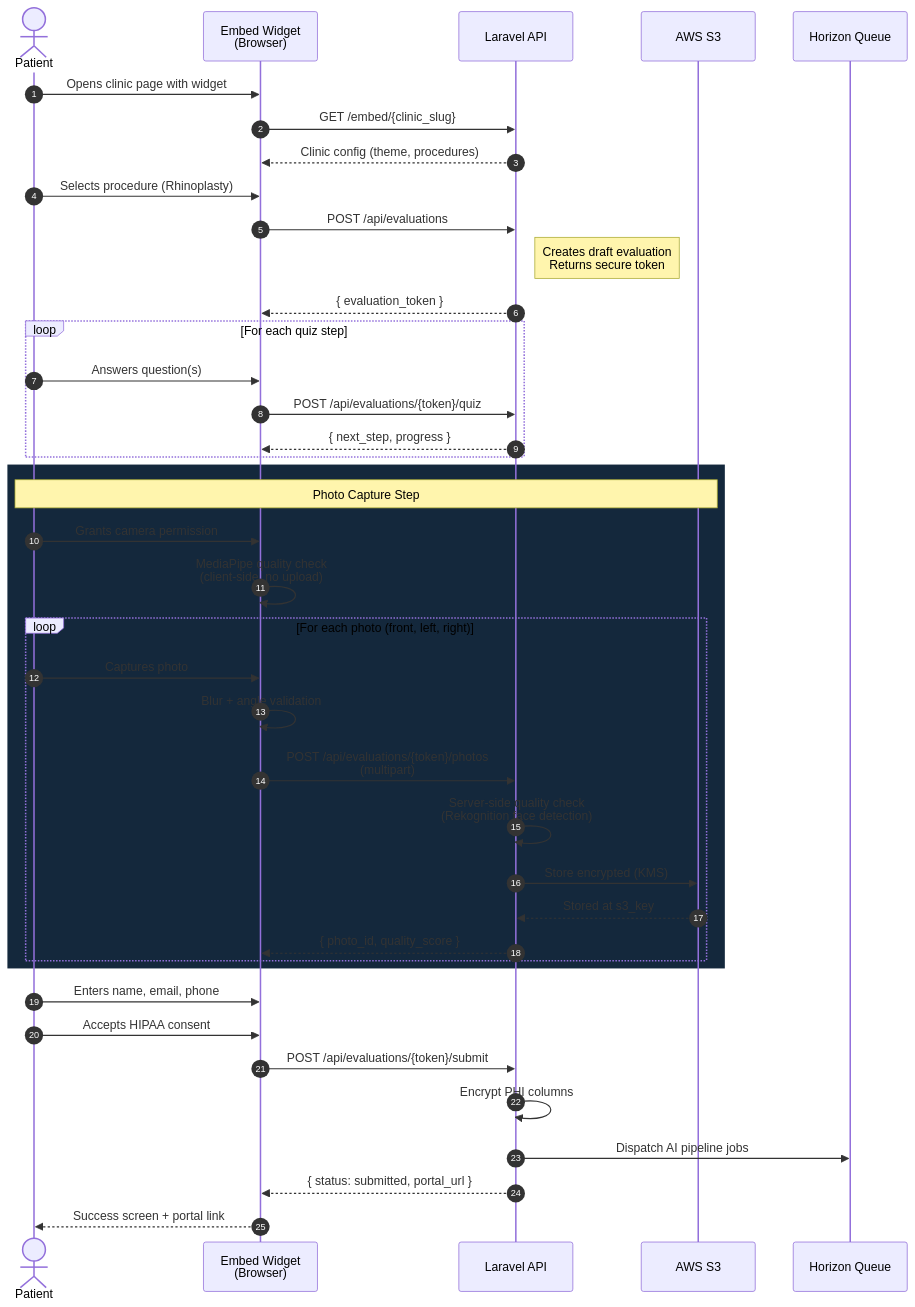
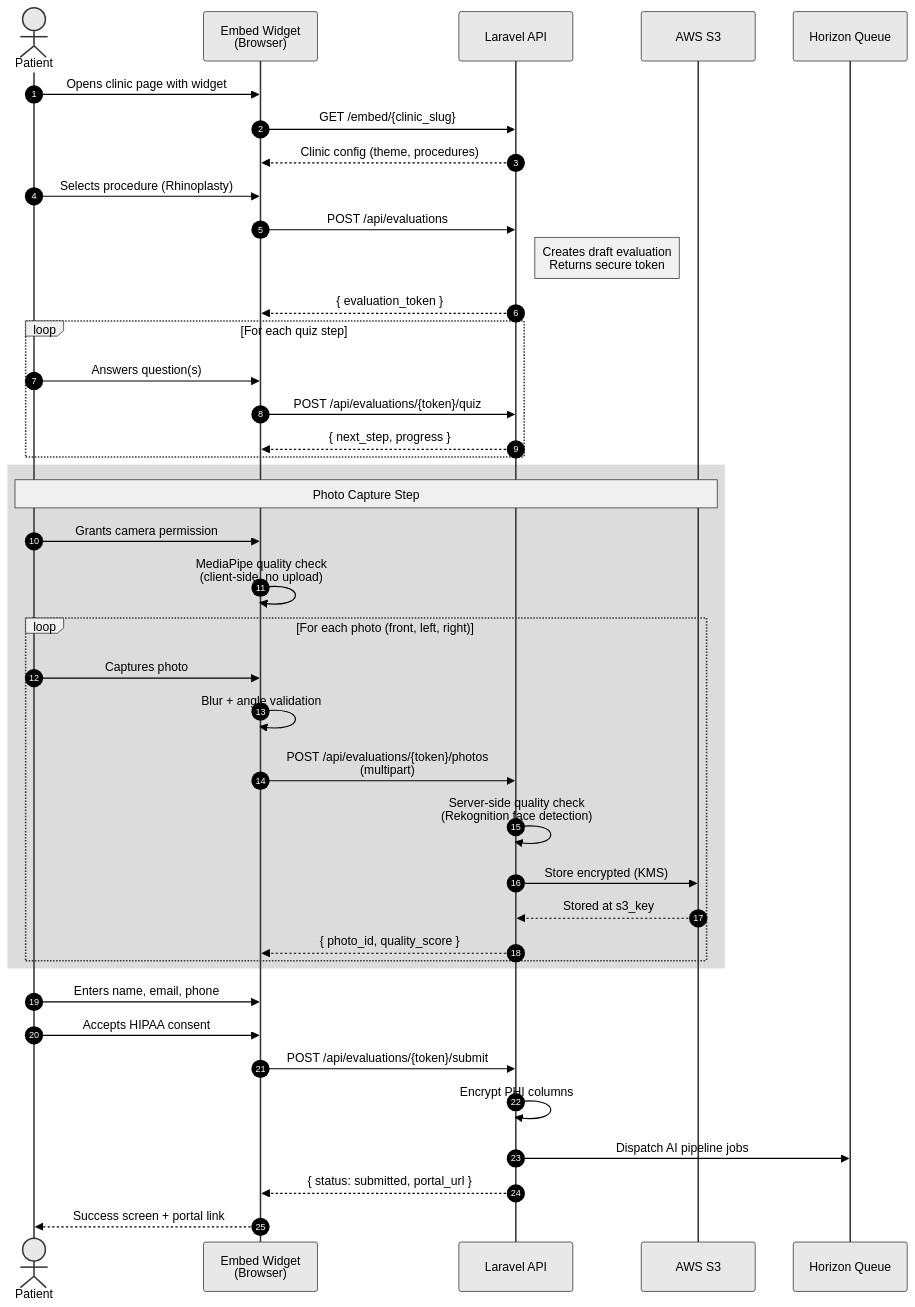
One commit to mlytorres/aesthetic-ai changed the first of 6 diagrams in docs/technical/sequences.md. Above: the diagram before and after it, drawn with Mermaid. The commit also changed other lines of this file and 11 other files, not shown here.

Commit message:
docs and diagram updated, TwoFactorLoginResponse  updated

````diff
--- a/docs/technical/sequences.md
+++ b/docs/technical/sequences.md
@@ -22,50 +22,51 @@
 ```mermaid
+%%{init: {'theme': 'base', 'themeVariables': {'primaryColor': '#e8e8e8', 'primaryTextColor': '#000000', 'primaryBorderColor': '#333333', 'lineColor': '#000000', 'secondaryColor': '#f0f0f0', 'tertiaryColor': '#d0d0d0', 'actorBkg': '#e8e8e8', 'actorBorder': '#333333', 'actorTextColor': '#000000', 'actorLineColor': '#333333', 'signalColor': '#000000', 'signalTextColor': '#000000', 'labelBoxBkgColor': '#f0f0f0', 'labelBoxBorderColor': '#333333', 'labelTextColor': '#000000', 'loopTextColor': '#000000', 'noteBkgColor': '#f0f0f0', 'noteBorderColor': '#333333', 'noteTextColor': '#000000', 'activationBkgColor': '#d0d0d0', 'activationBorderColor': '#333333', 'sequenceNumberColor': '#ffffff', 'background': '#ffffff'}}}%%
 sequenceDiagram
     autonumber
 
     actor Patient
     participant Widget as Embed Widget<br/>(Browser)
     participant API as Laravel API
     participant S3 as AWS S3
     participant Queue as Horizon Queue
 
     Patient->>Widget: Opens clinic page with widget
     Widget->>API: GET /embed/{clinic_slug}
     API-->>Widget: Clinic config (theme, procedures)
 
     Patient->>Widget: Selects procedure (Rhinoplasty)
     Widget->>API: POST /api/evaluations
     note right of API: Creates draft evaluation<br/>Returns secure token
     API-->>Widget: { evaluation_token }
 
     loop For each quiz step
         Patient->>Widget: Answers question(s)
         Widget->>API: POST /api/evaluations/{token}/quiz
         API-->>Widget: { next_step, progress }
     end
 
-    rect rgb(20, 40, 60)
+    rect rgb(220, 220, 220)
         note over Patient,S3: Photo Capture Step
         Patient->>Widget: Grants camera permission
         Widget->>Widget: MediaPipe quality check<br/>(client-side, no upload)
 
         loop For each photo (front, left, right)
             Patient->>Widget: Captures photo
             Widget->>Widget: Blur + angle validation
             Widget->>API: POST /api/evaluations/{token}/photos<br/>(multipart)
             API->>API: Server-side quality check<br/>(Rekognition face detection)
             API->>S3: Store encrypted (KMS)
             S3-->>API: Stored at s3_key
             API-->>Widget: { photo_id, quality_score }
         end
     end
 
     Patient->>Widget: Enters name, email, phone
     Patient->>Widget: Accepts HIPAA consent
     Widget->>API: POST /api/evaluations/{token}/submit
     API->>API: Encrypt PHI columns
     API->>Queue: Dispatch AI pipeline jobs
     API-->>Widget: { status: submitted, portal_url }
 
     Widget-->>Patient: Success screen + portal link
 ```
````
